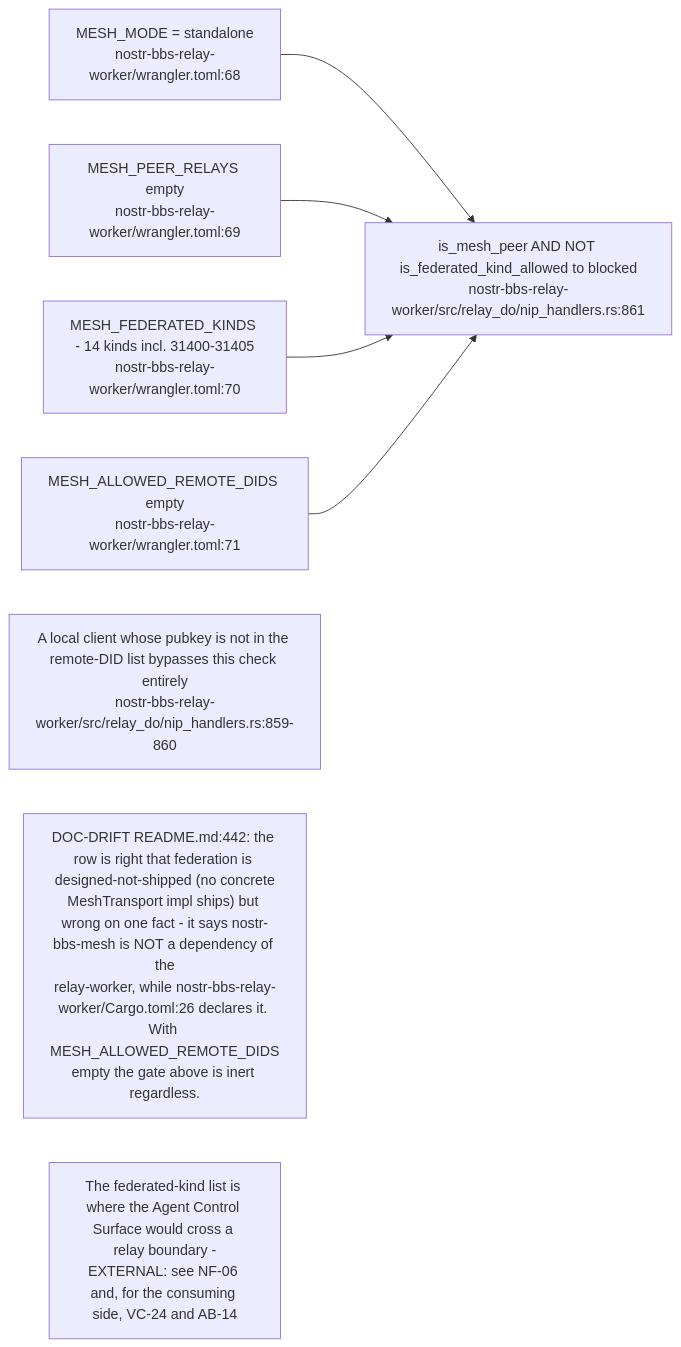
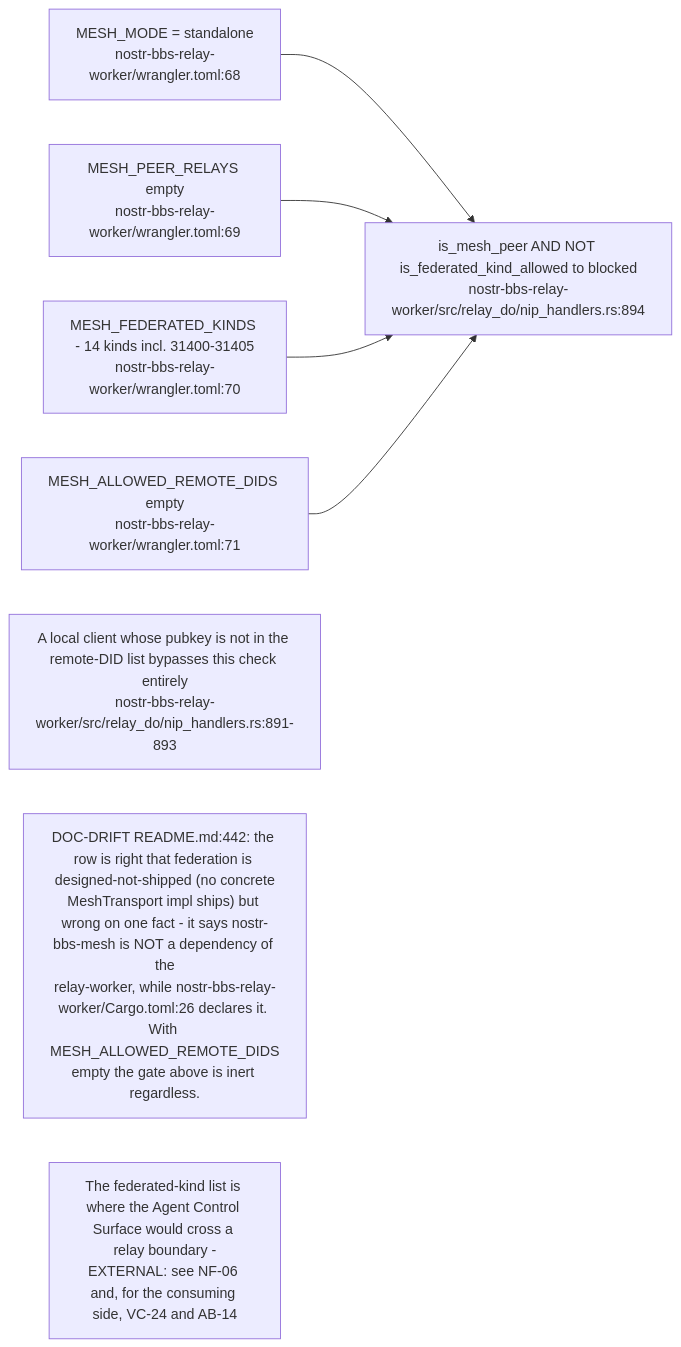
Diagram 13 of 14 in docs/diagrams/nostr-rust-forum/03-relay-worker-admission-auth-and-trust.md (DreamLab-AI/VisionFlow), drawn with Mermaid before and after one commit. The commit also changed other lines of this file and 111 other files, not shown here.

Commit message:
docs(diagrams): align estate maps with current source

````diff
--- a/docs/diagrams/nostr-rust-forum/03-relay-worker-admission-auth-and-trust.md
+++ b/docs/diagrams/nostr-rust-forum/03-relay-worker-admission-auth-and-trust.md
@@ -347,14 +347,14 @@
 ```mermaid
 flowchart LR
     MODE["MESH_MODE = standalone<br/>nostr-bbs-relay-worker/wrangler.toml:68"]
     PEERS["MESH_PEER_RELAYS empty<br/>nostr-bbs-relay-worker/wrangler.toml:69"]
     KINDS["MESH_FEDERATED_KINDS - 14 kinds incl. 31400-31405<br/>nostr-bbs-relay-worker/wrangler.toml:70"]
     DIDS["MESH_ALLOWED_REMOTE_DIDS empty<br/>nostr-bbs-relay-worker/wrangler.toml:71"]
-    GATE["is_mesh_peer AND NOT is_federated_kind_allowed to blocked<br/>nostr-bbs-relay-worker/src/relay_do/nip_handlers.rs:861"]
+    GATE["is_mesh_peer AND NOT is_federated_kind_allowed to blocked<br/>nostr-bbs-relay-worker/src/relay_do/nip_handlers.rs:894"]
 
     MODE & PEERS & KINDS & DIDS --> GATE
 
-    N1["A local client whose pubkey is not in the remote-DID list bypasses this check entirely<br/>nostr-bbs-relay-worker/src/relay_do/nip_handlers.rs:859-860"]
+    N1["A local client whose pubkey is not in the remote-DID list bypasses this check entirely<br/>nostr-bbs-relay-worker/src/relay_do/nip_handlers.rs:891-893"]
     N2["DOC-DRIFT README.md:442: the row is right that federation is designed-not-shipped (no concrete<br/>MeshTransport impl ships) but wrong on one fact - it says nostr-bbs-mesh is NOT a dependency of the<br/>relay-worker, while nostr-bbs-relay-worker/Cargo.toml:26 declares it. With MESH_ALLOWED_REMOTE_DIDS<br/>empty the gate above is inert regardless."]
     N3["The federated-kind list is where the Agent Control Surface would cross a relay boundary -<br/>EXTERNAL: see NF-06 and, for the consuming side, VC-24 and AB-14"]
 ```
````
